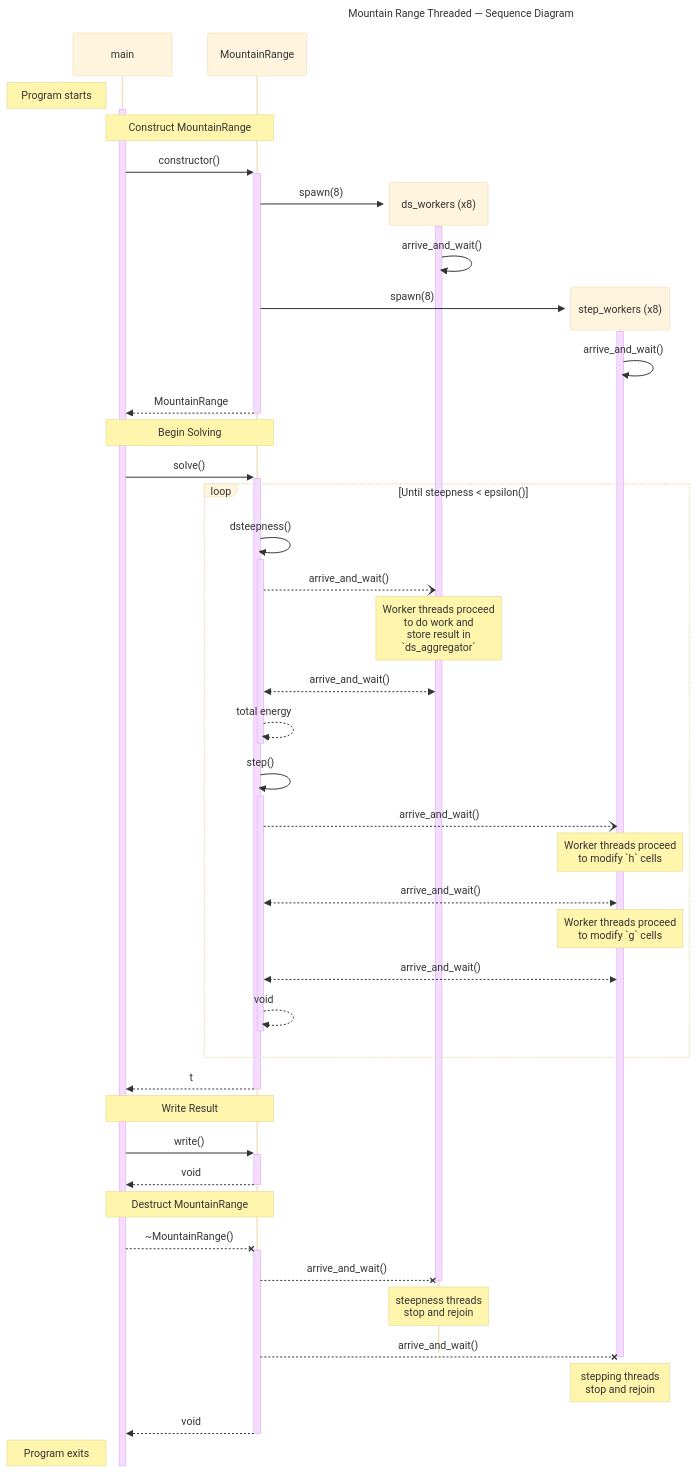
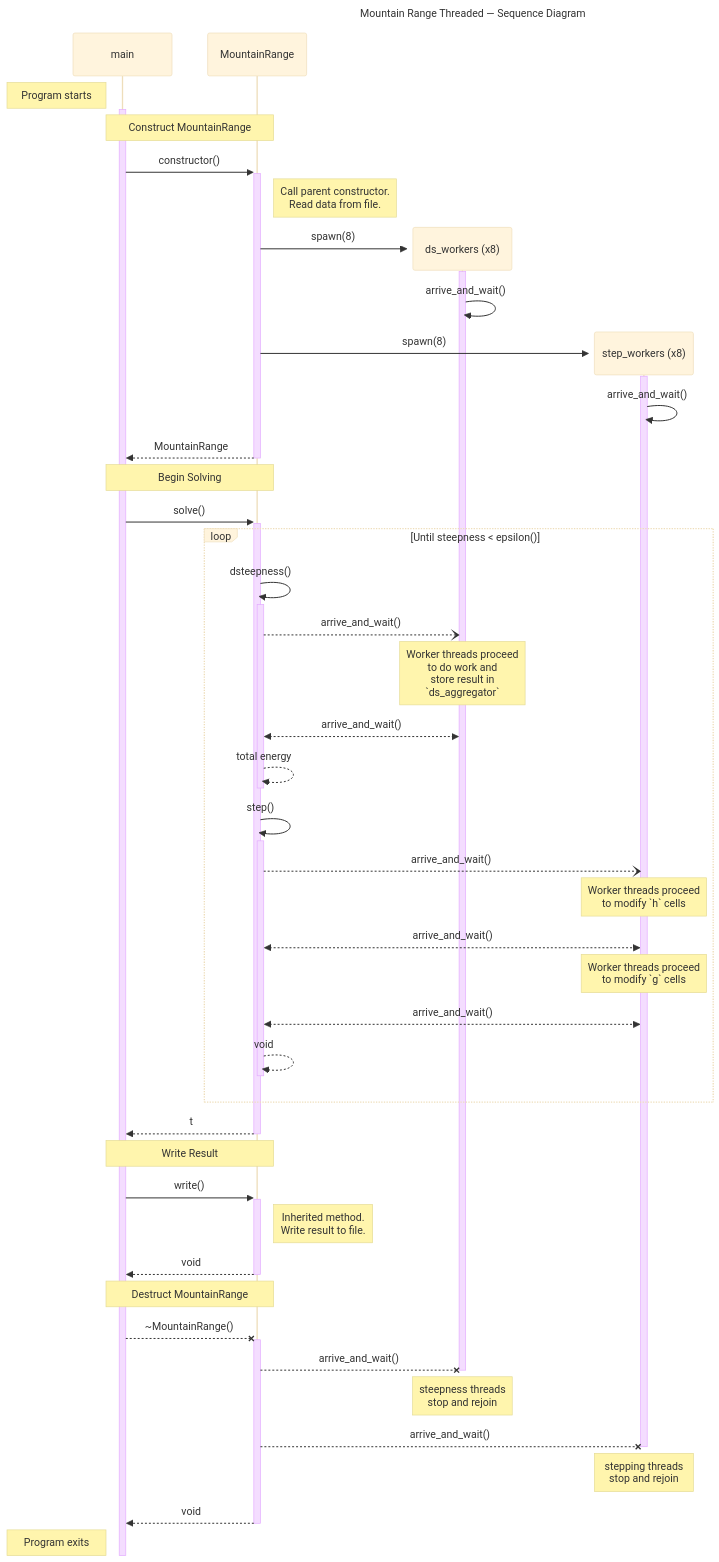
The diagram in docs/MountainRangeThreaded-sequence-diagram.md (BYUHPC/sci-comp-course-example-cxx), drawn with Mermaid (base theme) before and after one commit.

Commit message:
Call out where inherited/parent methods are used

```diff
--- a/docs/MountainRangeThreaded-sequence-diagram.md
+++ b/docs/MountainRangeThreaded-sequence-diagram.md
@@ -39,6 +39,8 @@
 %% Construct MountainRange
 note over main,MR: Construct MountainRange
 main->>+MR: constructor()
+
+    note right of MR: Call parent constructor. <br> Read data from file.
 
     %% Create dw workers
     create participant dw as ds_workers (x8)
@@ -87,6 +89,7 @@
 %% Call Write
 note over main,MR: Write Result
 main->>+MR: write()
+note right of MR: Inherited method.<br>Write result to file.
 MR-->>-main: void
 %% End write
 
```
